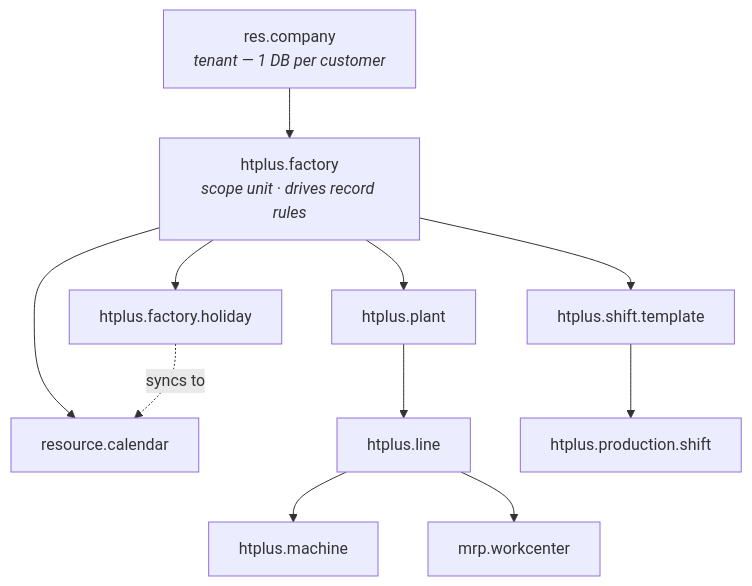
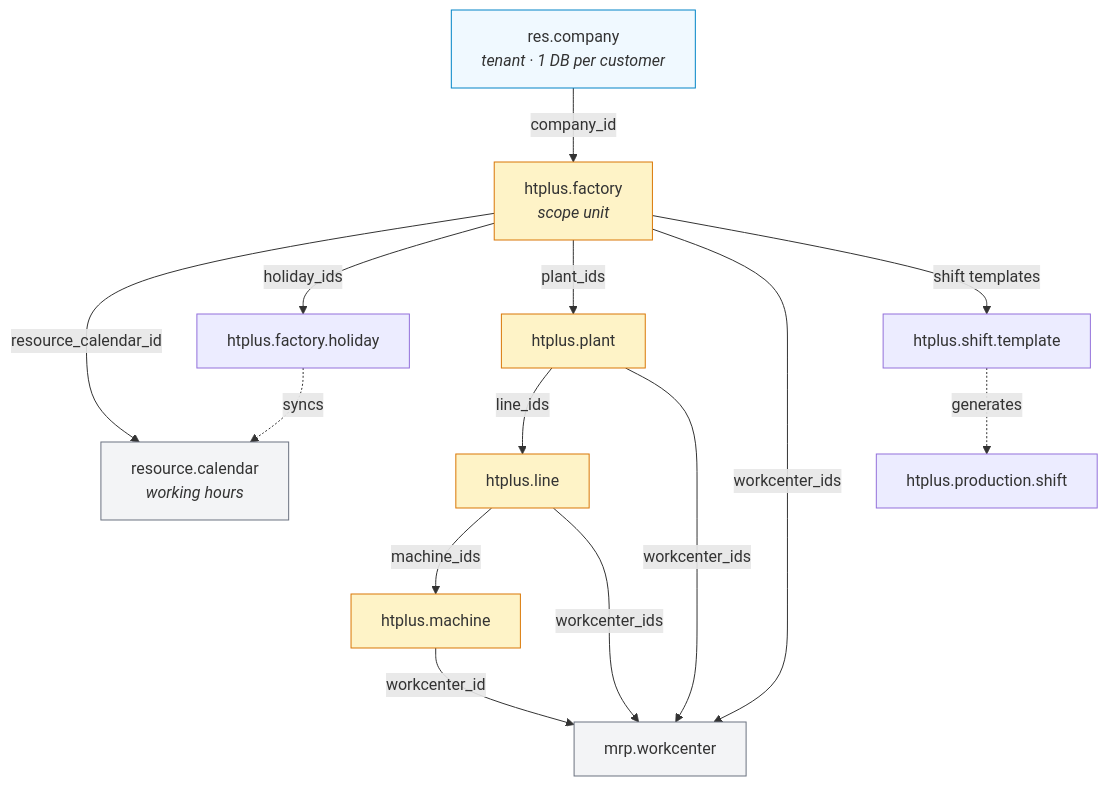
The first of 5 diagrams in README.md (batd-htplus/odoo-lib), drawn with Mermaid before and after one commit. The commit also changed other lines of this file, not shown here.

Commit message:
docs(readme): detail domain diagrams to field-level, 5 mermaid charts

````diff
--- a/README.md
+++ b/README.md
@@ -56,24 +61,31 @@
 ```mermaid
 graph TD
-    Company["res.company<br/><i>tenant — 1 DB per customer</i>"]
-    Factory["htplus.factory<br/><i>scope unit · drives record rules</i>"]
-    Calendar["resource.calendar"]
+    Company["res.company<br/><i>tenant · 1 DB per customer</i>"]:::tenant
+    Factory["htplus.factory<br/><i>scope unit</i>"]:::scope
+    Calendar["resource.calendar<br/><i>working hours</i>"]:::odoo
     Holiday["htplus.factory.holiday"]
-    Plant["htplus.plant"]
-    Line["htplus.line"]
-    Machine["htplus.machine"]
-    Workcenter["mrp.workcenter"]
+    Plant["htplus.plant"]:::scope
+    Line["htplus.line"]:::scope
+    Machine["htplus.machine"]:::scope
+    Workcenter["mrp.workcenter"]:::odoo
     ShiftTemplate["htplus.shift.template"]
     ProductionShift["htplus.production.shift"]
 
-    Company --> Factory
-    Factory --> Calendar
-    Factory --> Holiday
-    Holiday -. syncs to .-> Calendar
-    Factory --> Plant
-    Plant --> Line
-    Line --> Machine
-    Line --> Workcenter
-    Factory --> ShiftTemplate
-    ShiftTemplate --> ProductionShift
+    Company -- company_id --> Factory
+    Factory -- resource_calendar_id --> Calendar
+    Factory -- holiday_ids --> Holiday
+    Holiday -. syncs .-> Calendar
+    Factory -- plant_ids --> Plant
+    Plant -- line_ids --> Line
+    Plant -- workcenter_ids --> Workcenter
+    Line -- machine_ids --> Machine
+    Line -- workcenter_ids --> Workcenter
+    Machine -- workcenter_id --> Workcenter
+    Factory -- workcenter_ids --> Workcenter
+    Factory -- shift templates --> ShiftTemplate
+    ShiftTemplate -. generates .-> ProductionShift
+
+    classDef tenant fill:#f0f9ff,stroke:#0284c7
+    classDef scope fill:#fef3c7,stroke:#d97706
+    classDef odoo fill:#f3f4f6,stroke:#6b7280
 ```
````
